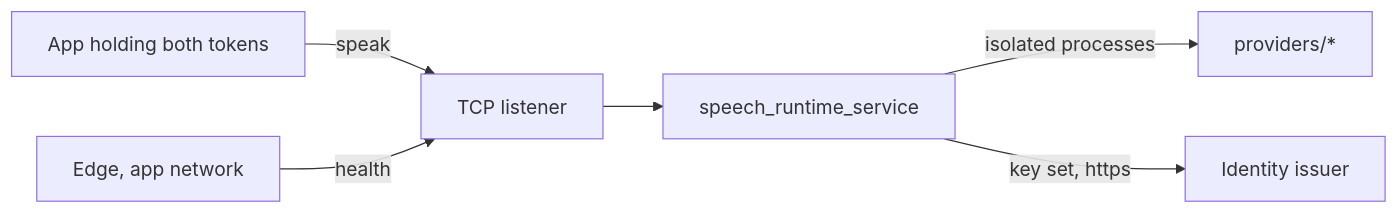
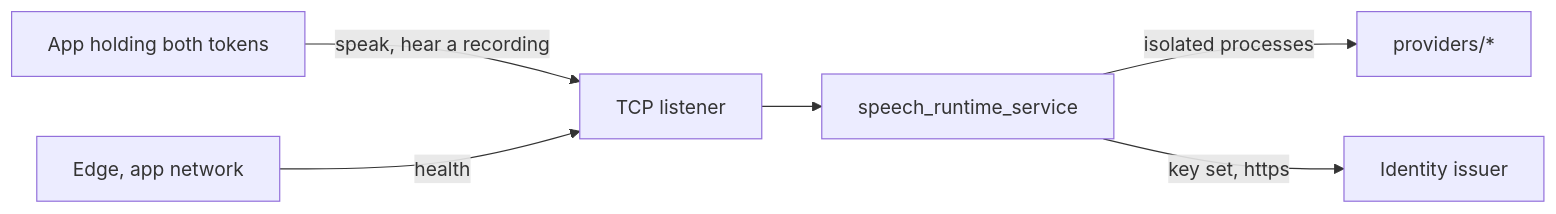
One commit to overnightworks/speech-runtime changed the diagram in docs/ARCHITECTURE.md. Above: the diagram before and after it, drawn with Mermaid. The commit also changed other lines of this file and 2 other files, not shown here.

````diff
--- a/docs/ARCHITECTURE.md
+++ b/docs/ARCHITECTURE.md
@@ -15,8 +16,8 @@
 ```mermaid
 flowchart LR
-    app[App holding both tokens] -->|speak| listener[TCP listener]
+    app[App holding both tokens] -->|speak, hear a recording| listener[TCP listener]
     edge[Edge, app network] -->|health| listener
     listener --> service[speech_runtime_service]
     service -->|isolated processes| providers[providers/*]
     service -->|key set, https| issuer[Identity issuer]
 ```
````
